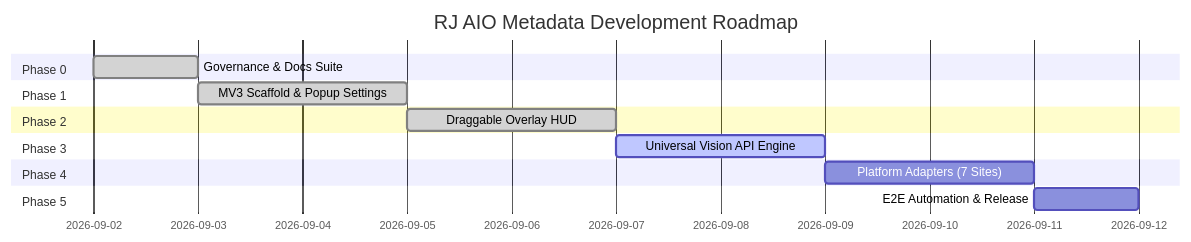
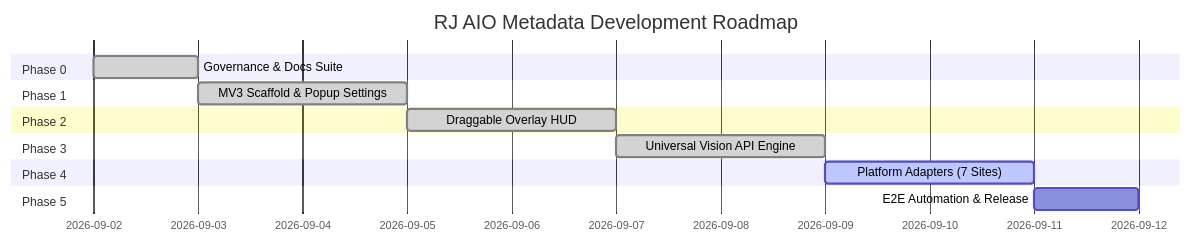
The diagram in docs/ROADMAP.md (riiicil/rj-aio-metadata), drawn with Mermaid before and after one commit. The commit also changed other lines of this file and 7 other files, not shown here.

Commit message:
feat(vision): implement universal ai vision client and background proxy worker

````diff
--- a/docs/ROADMAP.md
+++ b/docs/ROADMAP.md
@@ -7,17 +7,17 @@
 ```mermaid
 gantt
     title RJ AIO Metadata Development Roadmap
     dateFormat  YYYY-MM-DD
     section Phase 0
     Governance & Docs Suite       :done, 2026-09-02, 1d
     section Phase 1
     MV3 Scaffold & Popup Settings :done, 2026-09-03, 2d
     section Phase 2
     Draggable Overlay HUD         :done, 2026-09-05, 2d
     section Phase 3
-    Universal Vision API Engine   :active, 2026-09-07, 2d
+    Universal Vision API Engine   :done, 2026-09-07, 2d
     section Phase 4
-    Platform Adapters (7 Sites)   :2026-09-09, 2d
+    Platform Adapters (7 Sites)   :active, 2026-09-09, 2d
     section Phase 5
     E2E Automation & Release      :2026-09-11, 1d
 ```
````
